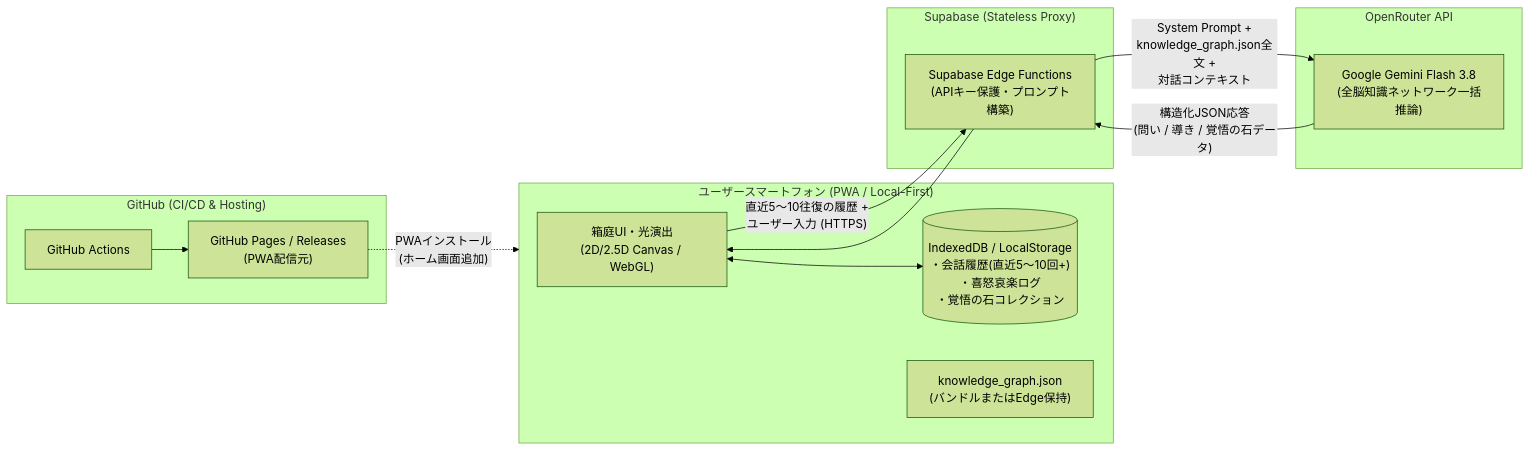
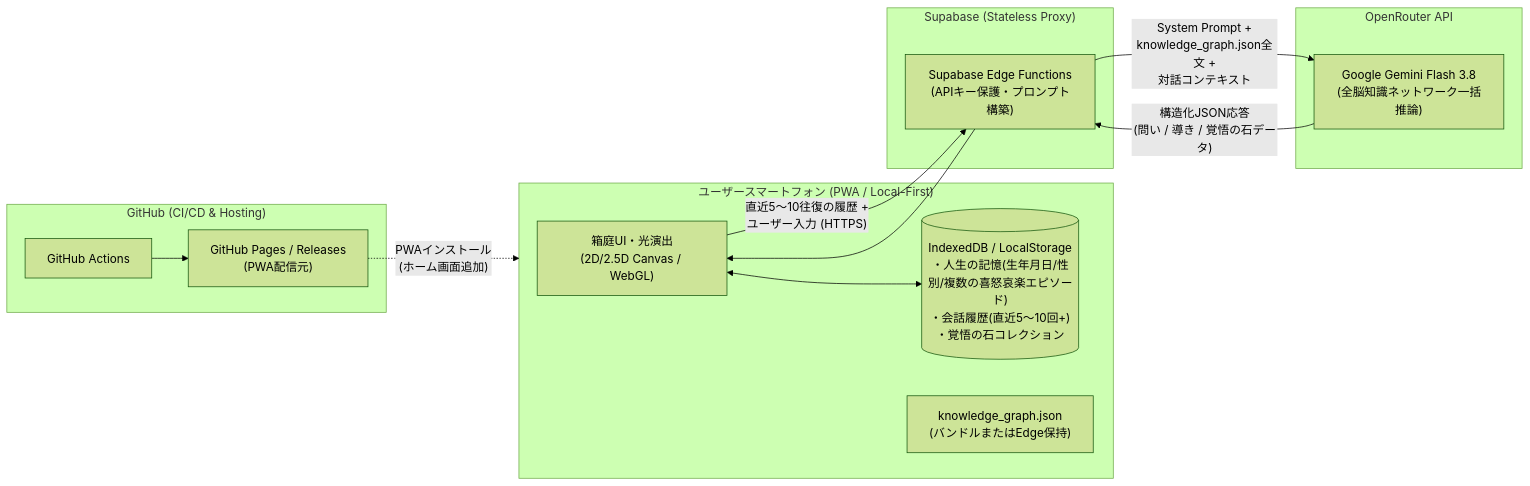
Before and after one commit to NOGUCHI3564/enkakuji2: the first of 2 diagrams in spec.md, drawn with Mermaid (forest theme). The commit also changed other lines of this file and 9 other files, not shown here.

````diff
--- a/spec.md
+++ b/spec.md
@@ -35,27 +35,27 @@
 ```mermaid
 flowchart LR
     subgraph GitHub ["GitHub (CI/CD & Hosting)"]
         GA["GitHub Actions"] --> Pages["GitHub Pages / Releases\n(PWA配信元)"]
     end
 
     subgraph Smartphone ["ユーザースマートフォン (PWA / Local-First)"]
         UI["箱庭UI・光演出\n(2D/2.5D Canvas / WebGL)"]
-        IDB[("IndexedDB / LocalStorage\n・会話履歴(直近5〜10回+)\n・喜怒哀楽ログ\n・覚悟の石コレクション")]
+        IDB[("IndexedDB / LocalStorage\n・人生の記憶(生年月日/性別/複数の喜怒哀楽エピソード)\n・会話履歴(直近5〜10回+)\n・覚悟の石コレクション")]
         KG_Local["knowledge_graph.json\n(バンドルまたはEdge保持)"]
     end
 
     subgraph Backend ["Supabase (Stateless Proxy)"]
         EF["Supabase Edge Functions\n(APIキー保護・プロンプト構築)"]
     end
 
     subgraph LLM ["OpenRouter API"]
         Gemini["Google Gemini Flash 3.8\n(全脳知識ネットワーク一括推論)"]
     end
 
     Pages -. "PWAインストール\n(ホーム画面追加)" .-> Smartphone
     UI <--> IDB
     UI -- "直近5〜10往復の履歴 +\nユーザー入力 (HTTPS)" --> EF
     EF -- "System Prompt +\nknowledge_graph.json全文 +\n対話コンテキスト" --> Gemini
     Gemini -- "構造化JSON応答\n(問い / 導き / 覚悟の石データ)" --> EF
     EF --> UI
 ```
````
